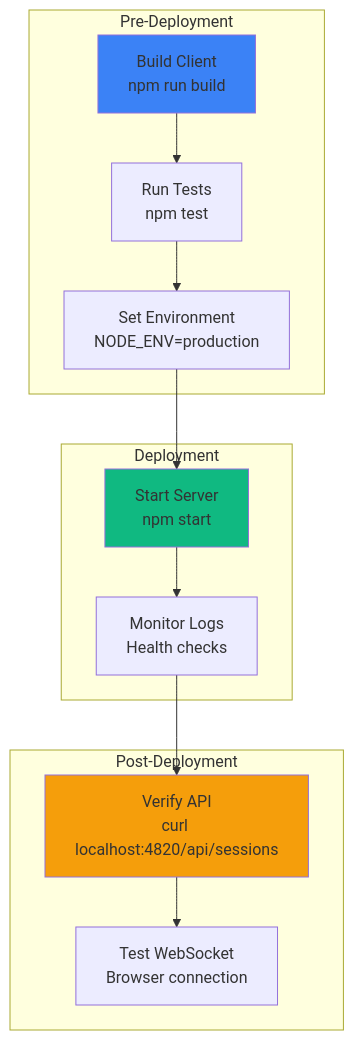
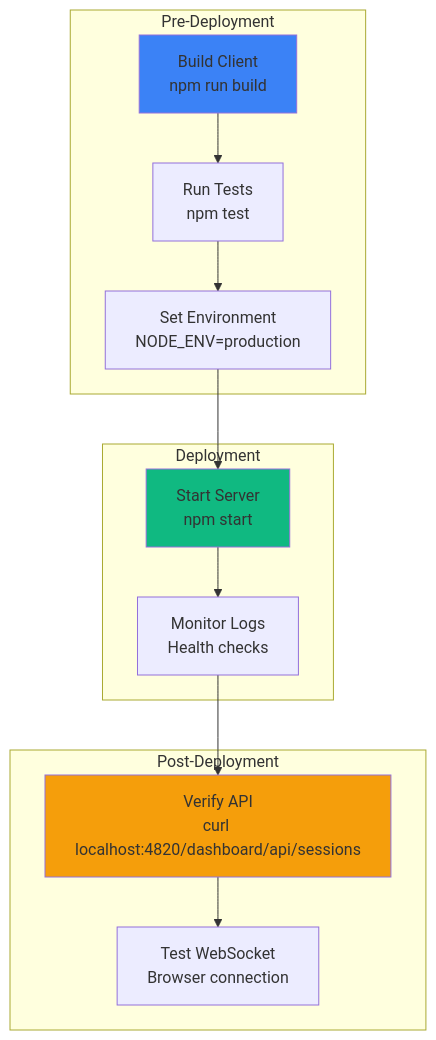
Diagram 17 of 17 in server/README.md (hoangsonww/Claude-Code-Agent-Monitor), drawn with Mermaid before and after one commit. The commit also changed other lines of this file and 1 other file, not shown here.

````diff
--- a/server/README.md
+++ b/server/README.md
@@ -1621,29 +1621,29 @@
 ```mermaid
 graph TB
     subgraph "Pre-Deployment"
         Build[Build Client<br/>npm run build]
         Test[Run Tests<br/>npm test]
         Env[Set Environment<br/>NODE_ENV=production]
     end
     
     subgraph "Deployment"
         Start[Start Server<br/>npm start]
         Monitor[Monitor Logs<br/>Health checks]
     end
     
     subgraph "Post-Deployment"
-        Verify[Verify API<br/>curl localhost:4820/api/sessions]
+        Verify[Verify API<br/>curl localhost:4820/dashboard/api/sessions]
         WebSocket[Test WebSocket<br/>Browser connection]
     end
     
     Build --> Test
     Test --> Env
     Env --> Start
     Start --> Monitor
     Monitor --> Verify
     Verify --> WebSocket
     
     style Build fill:#3B82F6
     style Start fill:#10B981
     style Verify fill:#F59E0B
 ```
````
